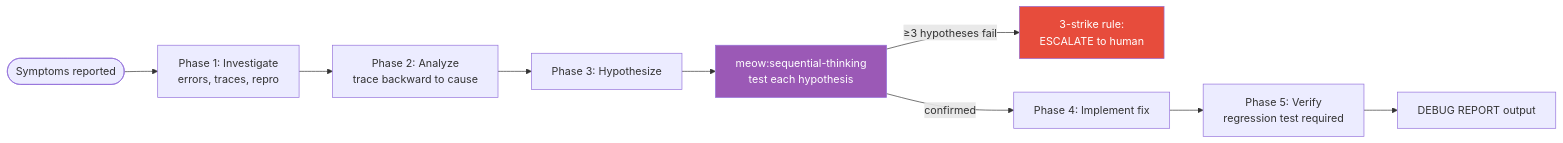
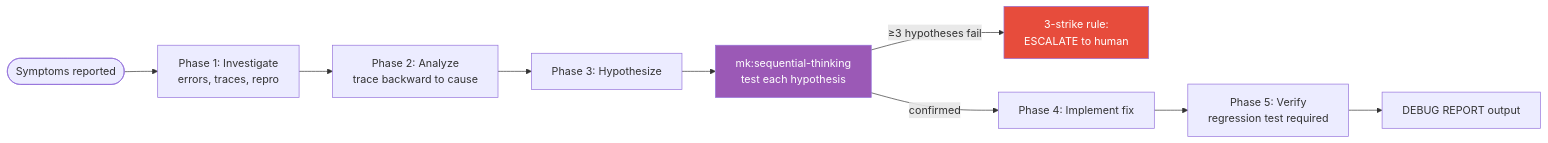
One commit to ngocsangyem/MeowKit changed the fourth of 7 diagrams in website/guide/debugging-skills-decision-guide.md. Above: the diagram before and after it, drawn with Mermaid. The commit also changed other lines of this file and 1235 other files, not shown here.

````diff
--- a/website/guide/debugging-skills-decision-guide.md
+++ b/website/guide/debugging-skills-decision-guide.md
@@ -126,14 +126,14 @@
 ```mermaid
 flowchart LR
     SYM([Symptoms reported]) --> P1[Phase 1: Investigate<br/>errors, traces, repro]
     P1 --> P2[Phase 2: Analyze<br/>trace backward to cause]
     P2 --> P3[Phase 3: Hypothesize]
-    P3 --> SEQ3[meow:sequential-thinking<br/>test each hypothesis]
+    P3 --> SEQ3[mk:sequential-thinking<br/>test each hypothesis]
     SEQ3 -->|"≥3 hypotheses fail"| ESC[3-strike rule:<br/>ESCALATE to human]
     SEQ3 -->|confirmed| P4[Phase 4: Implement fix]
     P4 --> P5[Phase 5: Verify<br/>regression test required]
     P5 --> REPORT[DEBUG REPORT output]
 
     style ESC fill:#e74c3c,color:#fff
     style SEQ3 fill:#9b59b6,color:#fff
 ```
````
